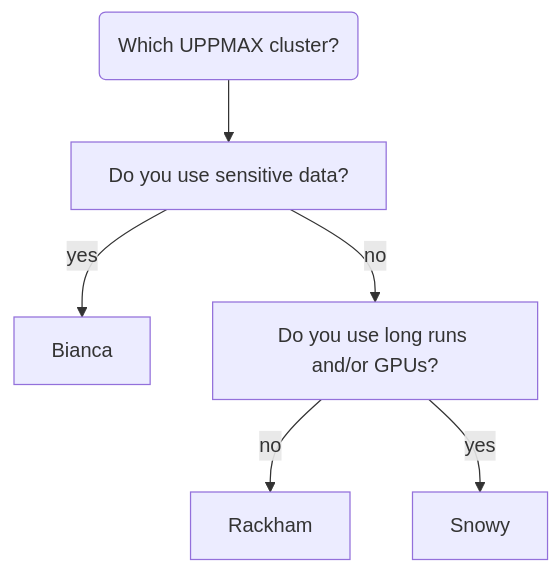
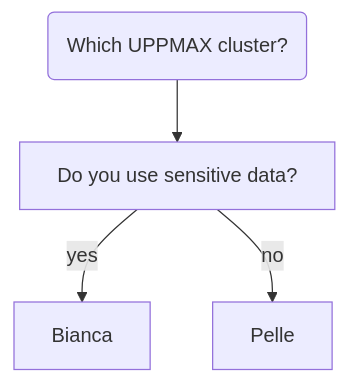
One commit to UPPMAX/UPPMAX-documentation changed the first of 3 diagrams in docs/cluster_guides/uppmax_systems.md. Above: the diagram before and after it, drawn with Mermaid. The commit also changed other lines of this file, not shown here.

Commit message:
uppmax_systems.md update part 2

````diff
--- a/docs/cluster_guides/uppmax_systems.md
+++ b/docs/cluster_guides/uppmax_systems.md
@@ -35,15 +35,11 @@
 ```mermaid
 flowchart TD
     UPPMAX(Which UPPMAX cluster?)
     Bianca
-    Rackham
-    Snowy
+    Pelle
     is_sensitive[Do you use sensitive data?]
-    is_long[Do you use long runs and/or GPUs?]
 
     UPPMAX --> is_sensitive
     is_sensitive --> |yes|Bianca
-    is_sensitive --> |no|is_long
-    is_long --> |no|Rackham
-    is_long --> |yes|Snowy
+    is_sensitive --> |no|Pelle
 ```
````
